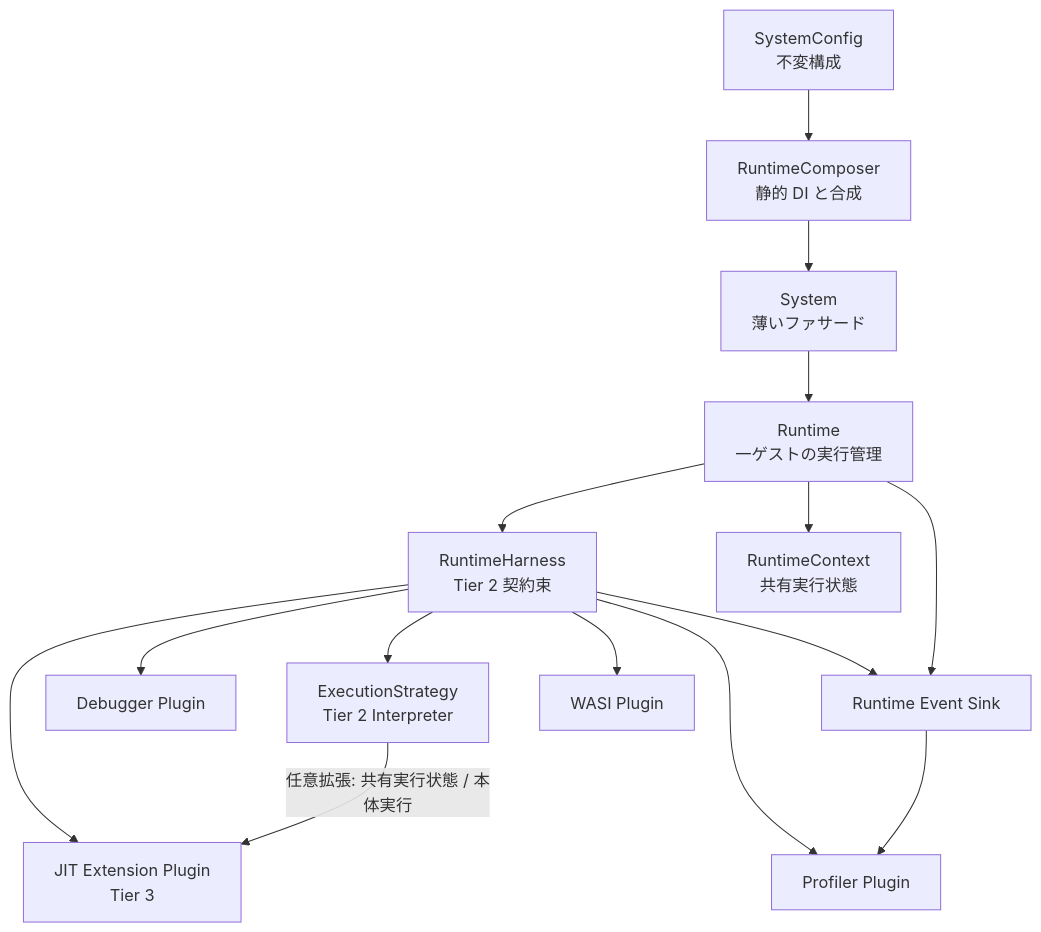
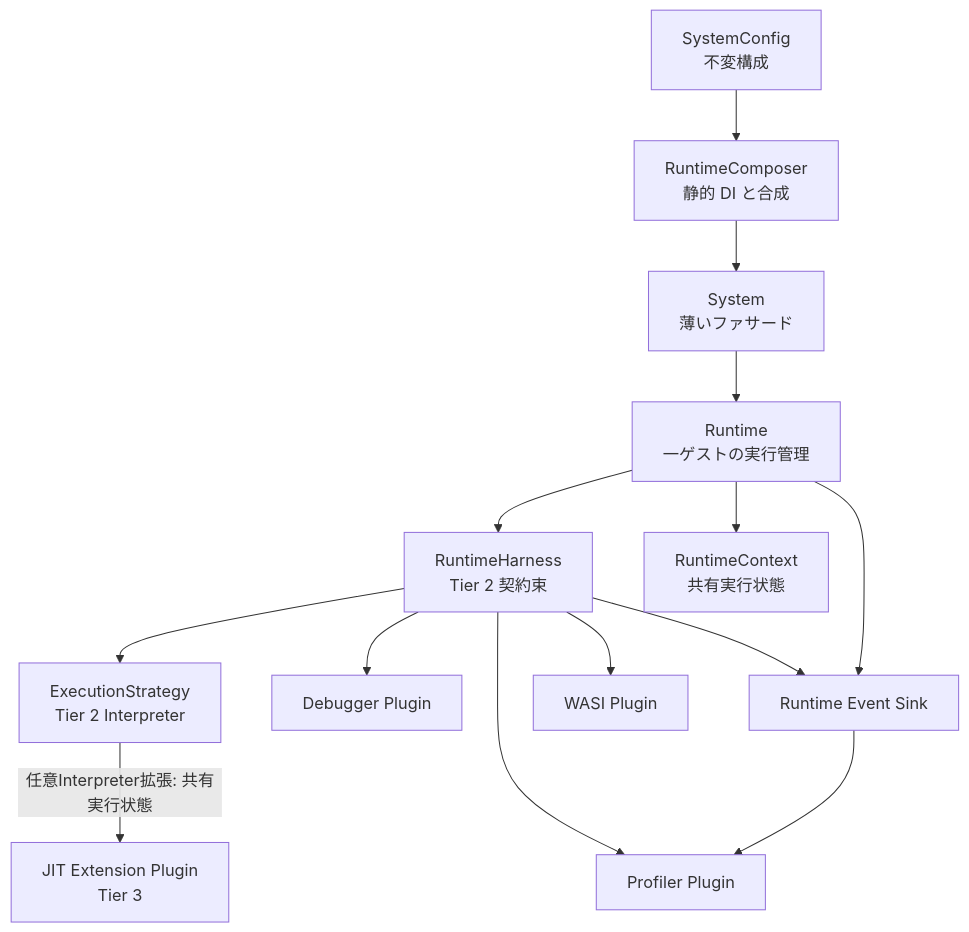
Before and after one commit to kmt-t/fireball: the first of 2 diagrams in docs/components/tier2_runtime/runtime_plugin_architecture.md, drawn with Mermaid. The commit also changed other lines of this file and 84 other files, not shown here.

Commit message:
Update CPS runtime and JIT execution paths

````diff
--- a/docs/components/tier2_runtime/runtime_plugin_architecture.md
+++ b/docs/components/tier2_runtime/runtime_plugin_architecture.md
@@ -46,17 +46,16 @@
 ```mermaid
 graph TD
     Config[SystemConfig<br/>不変構成] --> Composer[RuntimeComposer<br/>静的 DI と合成]
     Composer --> System[System<br/>薄いファサード]
     System --> Runtime[Runtime<br/>一ゲストの実行管理]
     Runtime --> Harness[RuntimeHarness<br/>Tier 2 契約束]
     Harness --> Exec[ExecutionStrategy<br/>Tier 2 Interpreter]
-    Harness --> JitRuntime[JIT Extension Plugin<br/>Tier 3]
     Harness --> Debugger[Debugger Plugin]
     Harness --> Profiler[Profiler Plugin]
     Harness --> EventSink[Runtime Event Sink]
     Harness --> Wasi[WASI Plugin]
     Runtime --> Context[RuntimeContext<br/>共有実行状態]
     Runtime --> EventSink
     EventSink --> Profiler
-    Exec -->|任意拡張: 共有実行状態 / 本体実行| JitRuntime
+    Exec -->|任意Interpreter拡張: 共有実行状態| JitRuntime[JIT Extension Plugin<br/>Tier 3]
 ```
````
